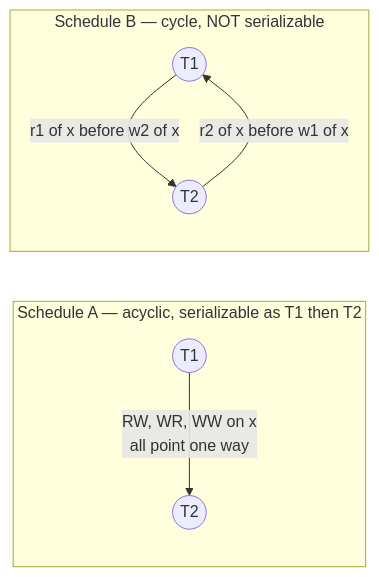
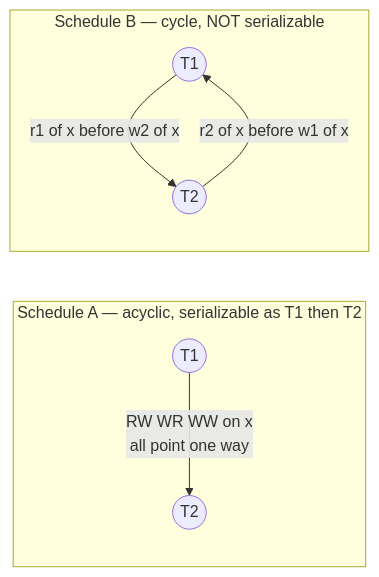
Before and after one commit to bumbsclaw/textbooks: the second of 7 diagrams in vol-05-databases/ch05-transactions-acid.md, drawn with Mermaid. The commit also changed other lines of this file and 173 other files, not shown here.

First line of the commit message:
fix(mermaid): close note brackets, semicolons in Notes, stateDiagram br -> dash, edge parens

````diff
--- a/vol-05-databases/ch05-transactions-acid.md
+++ b/vol-05-databases/ch05-transactions-acid.md
@@ -281,10 +281,10 @@
 ```mermaid
 flowchart LR
   subgraph SA["Schedule A — acyclic, serializable as T1 then T2"]
-    A1(("T1")) -->|"RW, WR, WW on x<br/>all point one way"| A2(("T2"))
+    A1(("T1")) -->|"RW WR WW on x<br >all point one way"| A2(("T2"))
   end
   subgraph SB["Schedule B — cycle, NOT serializable"]
     B1(("T1")) -->|"r1 of x before w2 of x"| B2(("T2"))
     B2 -->|"r2 of x before w1 of x"| B1
   end
 ```
````
